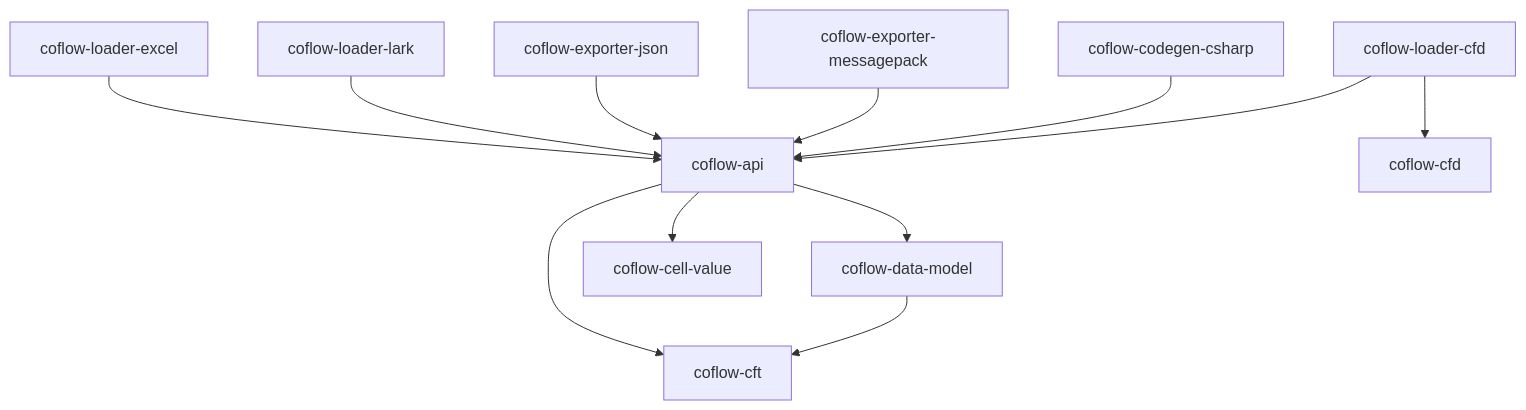
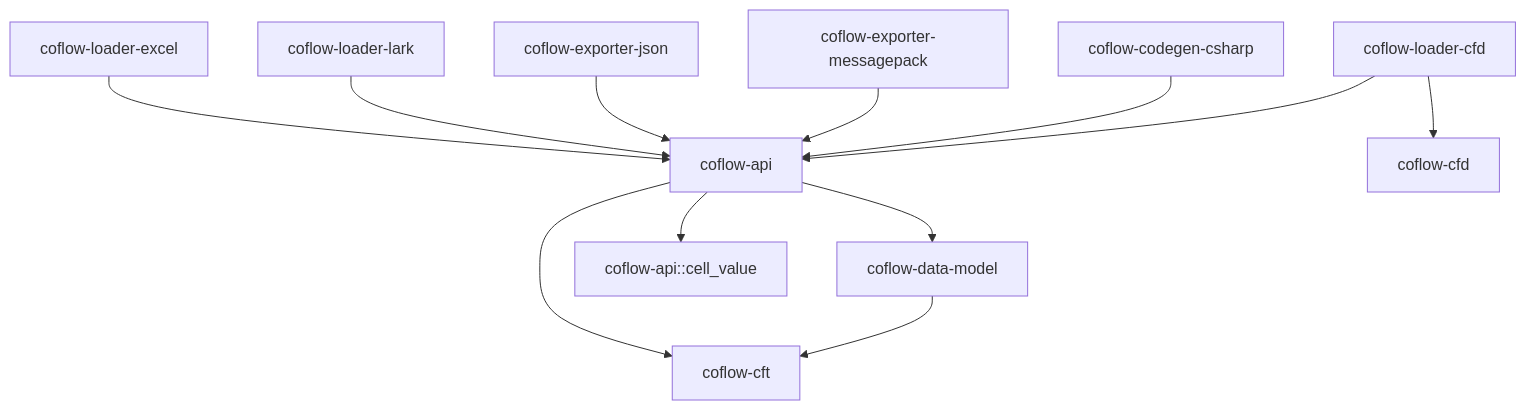
The second of 3 diagrams in docs/superpowers/plans/2026-06-18-provider-registry-migration.md (Puring103/coflow), drawn with Mermaid before and after one commit. The commit also changed other lines of this file and 10 other files, not shown here.

Commit message:
refactor: fold cell value parser into api

````diff
--- a/docs/superpowers/plans/2026-06-18-provider-registry-migration.md
+++ b/docs/superpowers/plans/2026-06-18-provider-registry-migration.md
@@ -107,18 +107,18 @@
 ```mermaid
 graph TD
   Api[coflow-api] --> Cft[coflow-cft]
   Api --> DataModel[coflow-data-model]
-  Api --> CellValue[coflow-cell-value]
+  Api --> CellValue["coflow-api::cell_value"]
 
   DataModel --> Cft
 
   Excel[coflow-loader-excel] --> Api
   Lark[coflow-loader-lark] --> Api
 
   Json[coflow-exporter-json] --> Api
   Msgpack[coflow-exporter-messagepack] --> Api
 
   Csharp[coflow-codegen-csharp] --> Api
   CfdLoader[coflow-loader-cfd] --> Api
   CfdLoader --> Cfd[coflow-cfd]
 ```
````
